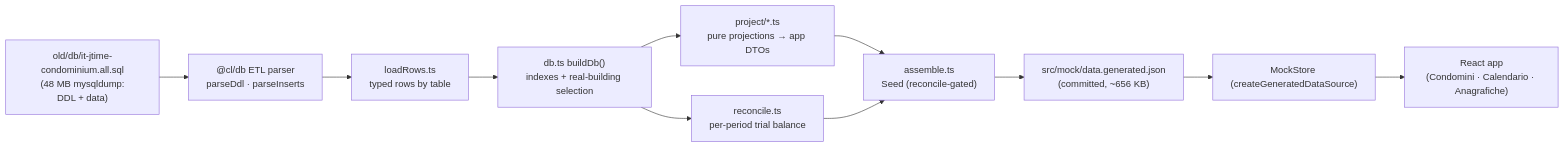
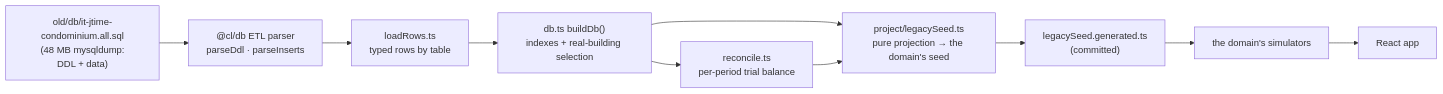
One commit to bettersoftware-io/condo-ledger changed the first of 7 diagrams in docs/domain/accounting-and-distribution.md. Above: the diagram before and after it, drawn with Mermaid. The commit also changed other lines of this file and 48 other files, not shown here.

First line of the commit message:
chore: retire the old allocation engine and the prototype's JSON seed

````diff
--- a/docs/domain/accounting-and-distribution.md
+++ b/docs/domain/accounting-and-distribution.md
@@ -21,16 +21,15 @@
 ```mermaid
 flowchart LR
   DUMP["old/db/it-jtime-condominium.all.sql<br/>(48 MB mysqldump:<br/>DDL + data)"]
   PARSE["@cl/db ETL parser<br/>parseDdl · parseInserts"]
   ROWS["loadRows.ts<br/>typed rows by table"]
   DB["db.ts buildDb()<br/>indexes + real-building selection"]
-  PROJ["project/*.ts<br/>pure projections → app DTOs"]
+  PROJ["project/legacySeed.ts<br/>pure projection → the domain's seed"]
   REC["reconcile.ts<br/>per-period trial balance"]
-  ASM["assemble.ts<br/>Seed (reconcile-gated)"]
-  JSON["src/mock/data.generated.json<br/>(committed, ~656 KB)"]
-  STORE["MockStore (createGeneratedDataSource)"]
-  APP["React app<br/>(Condomini · Calendario · Anagrafiche)"]
+  SEED["legacySeed.generated.ts<br/>(committed)"]
+  SIM["the domain's simulators"]
+  APP["React app"]
 
-  DUMP --> PARSE --> ROWS --> DB --> PROJ --> ASM --> JSON --> STORE --> APP
-  DB --> REC --> ASM
+  DUMP --> PARSE --> ROWS --> DB --> PROJ --> SEED --> SIM --> APP
+  DB --> REC --> PROJ
 ```
````
